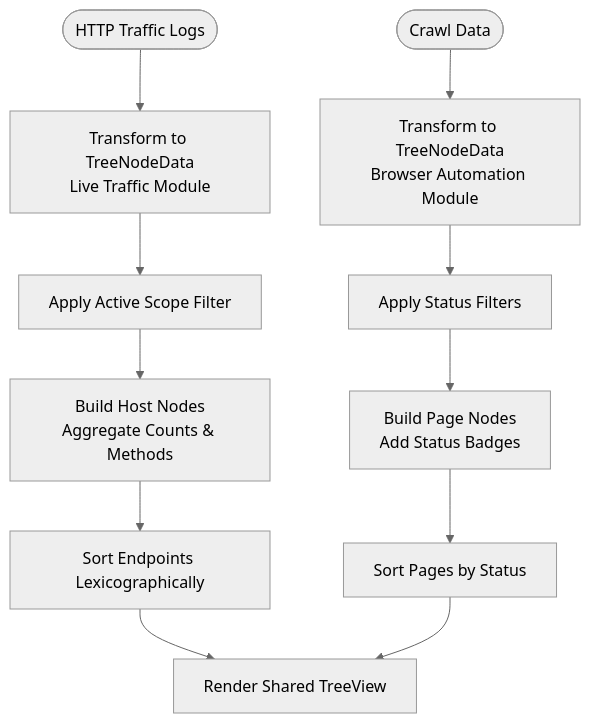
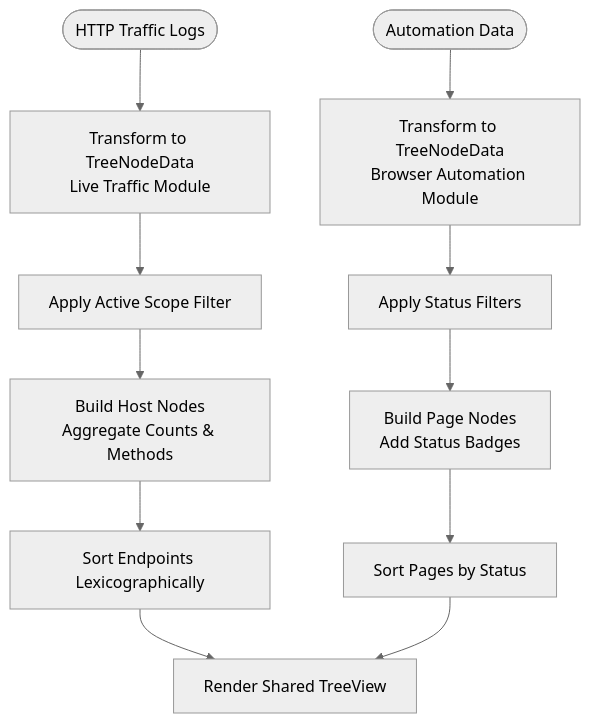
The fourth of 4 diagrams in .qoder/repowiki/en/content/Live Traffic Analysis/Tree View Navigation.md (arhamymr/hexbuffer), drawn with Mermaid (neutral theme) before and after one commit. The commit also changed other lines of this file and 49 other files, not shown here.

````diff
--- a/.qoder/repowiki/en/content/Live Traffic Analysis/Tree View Navigation.md
+++ b/.qoder/repowiki/en/content/Live Traffic Analysis/Tree View Navigation.md
@@ -370,13 +370,13 @@
 ```mermaid
 flowchart TD
 StartHTTP(["HTTP Traffic Logs"]) --> TransformHTTP["Transform to TreeNodeData<br/>Live Traffic Module"]
-StartCrawl(["Crawl Data"]) --> TransformCrawl["Transform to TreeNodeData<br/>Browser Automation Module"]
+StartCrawl(["Automation Data"]) --> TransformCrawl["Transform to TreeNodeData<br/>Browser Automation Module"]
 TransformHTTP --> ScopeFilter["Apply Active Scope Filter"]
 TransformCrawl --> StatusFilter["Apply Status Filters"]
 ScopeFilter --> BuildHost["Build Host Nodes<br/>Aggregate Counts & Methods"]
 StatusFilter --> BuildPages["Build Page Nodes<br/>Add Status Badges"]
 BuildHost --> SortEndpoints["Sort Endpoints Lexicographically"]
 BuildPages --> SortPages["Sort Pages by Status"]
 SortEndpoints --> Render["Render Shared TreeView"]
 SortPages --> Render
 ```
````
